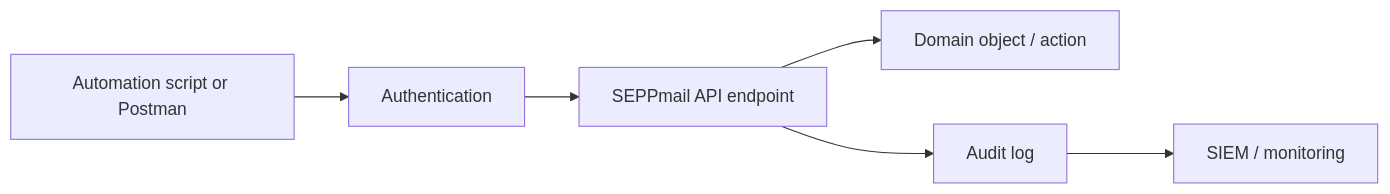
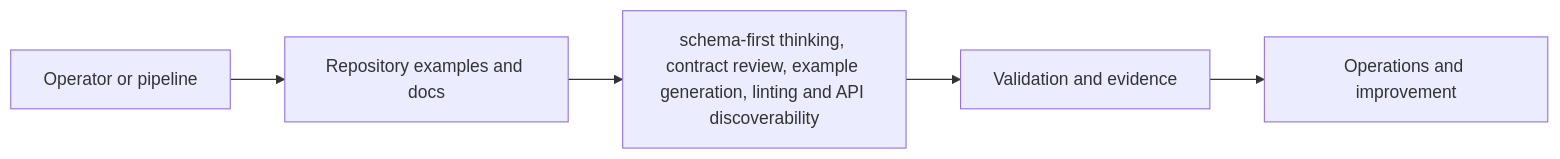
The diagram in README.md (Synedat/Seppmail-OpenAPI), drawn with Mermaid before and after one commit. The commit also changed other lines of this file and 78 other files, not shown here.

````diff
--- a/README.md
+++ b/README.md
@@ -30,8 +82,7 @@
 ```mermaid
 flowchart LR
-    A[Automation script or Postman] --> B[Authentication]
-    B --> C[SEPPmail API endpoint]
-    C --> D[Domain object / action]
-    C --> E[Audit log]
-    E --> F[SIEM / monitoring]
+    A[Operator or pipeline] --> B[Repository examples and docs]
+    B --> C[schema-first thinking, contract review, example generation, linting and API discoverability]
+    C --> D[Validation and evidence]
+    D --> E[Operations and improvement]
 ```
````
